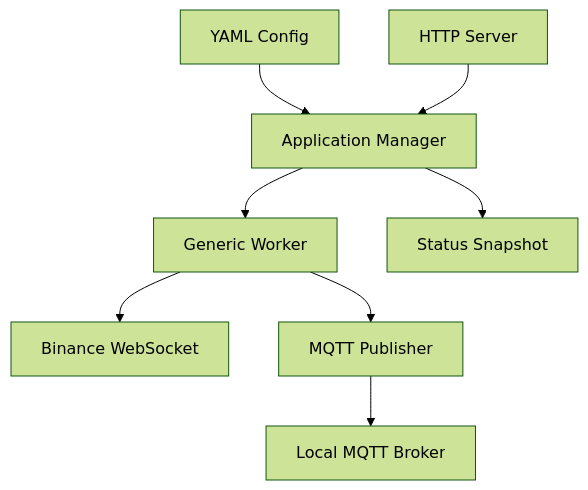
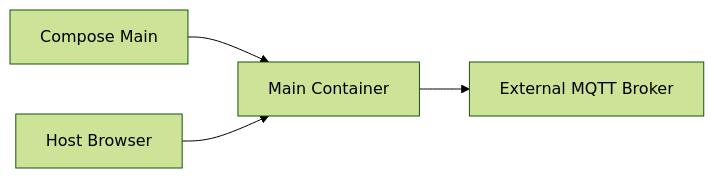
Before and after one commit to nbgsmk/MST_socket_ABANDONED: the diagram in .junie/plans/binance-mqtt-worker-service.md, drawn with Mermaid (forest theme). The commit also changed other lines of this file and 6 other files, not shown here.

````diff
--- a/.junie/plans/binance-mqtt-worker-service.md
+++ b/.junie/plans/binance-mqtt-worker-service.md
@@ -81,10 +59,6 @@
 ```mermaid
-graph TD
-Y[YAML Config] --> M[Application Manager]
-M --> W[Generic Worker]
-W --> B[Binance WebSocket]
-W --> P[MQTT Publisher]
-P --> Q[Local MQTT Broker]
-H[HTTP Server] --> M
-M --> S[Status Snapshot]
+graph LR
+C[Compose Main] --> A[Main Container]
+A --> B[External MQTT Broker]
+Host[Host Browser] --> A
 ```
````
